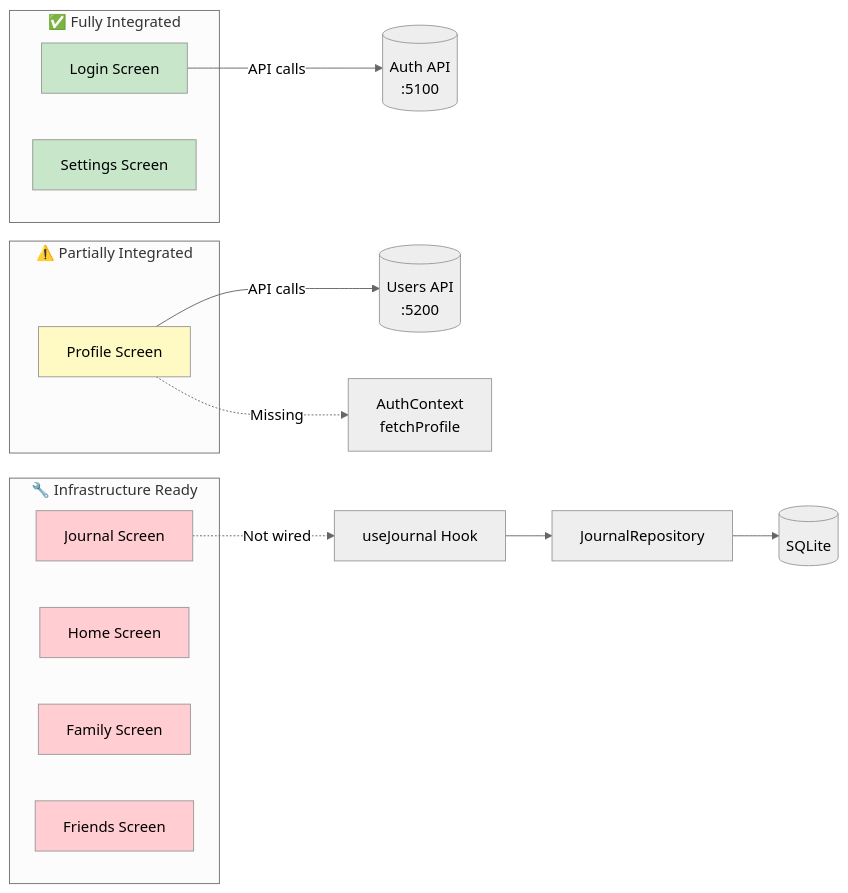
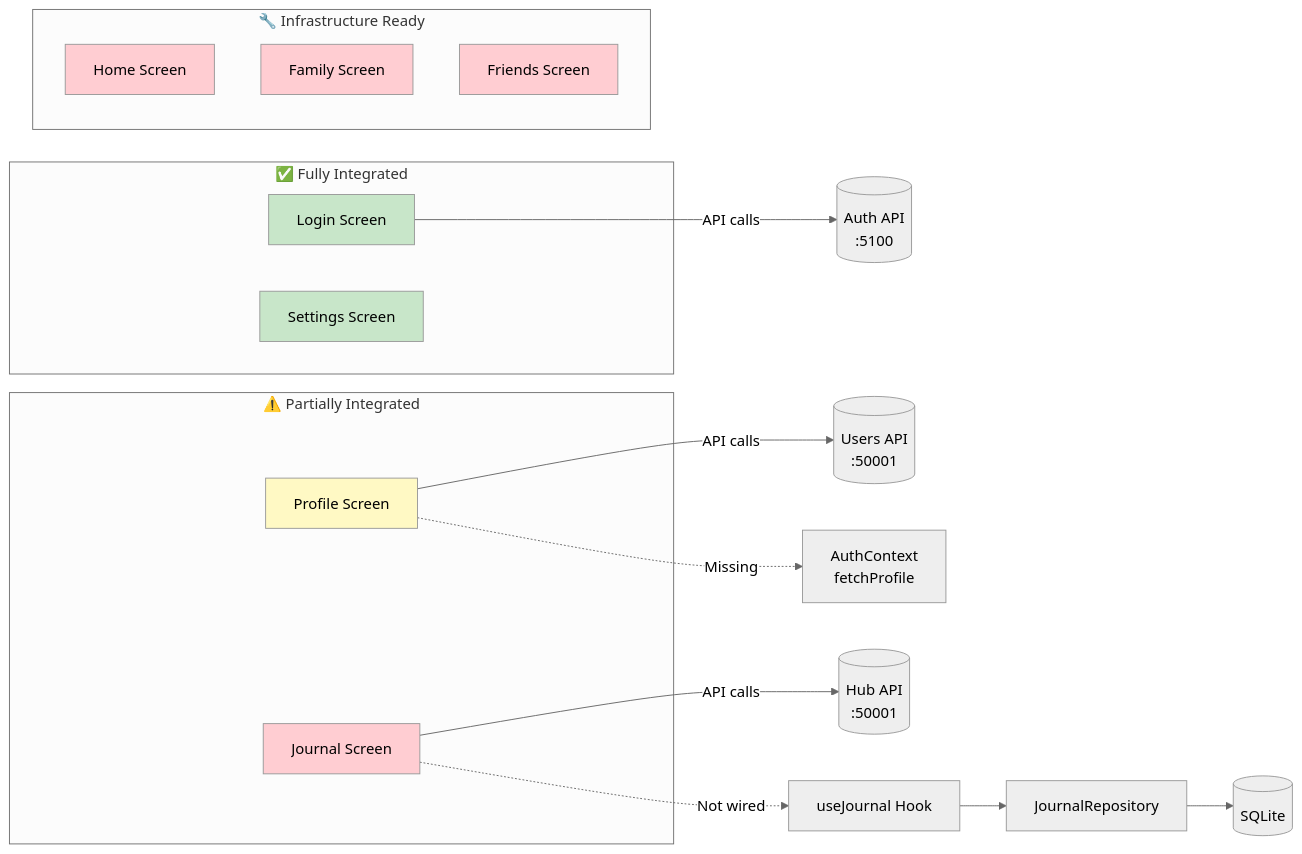
One commit to HamidNaser/footprint-mobile-app changed the first of 2 diagrams in TODO.md. Above: the diagram before and after it, drawn with Mermaid (neutral theme). The commit also changed other lines of this file and 19 other files, not shown here.

````diff
--- a/TODO.md
+++ b/TODO.md
@@ -60,34 +60,35 @@
 ```mermaid
 graph LR
     subgraph "✅ Fully Integrated"
         LS[Login Screen]
         SS[Settings Screen]
     end
     
     subgraph "⚠️ Partially Integrated"
         PS[Profile Screen]
+        JS[Journal Screen]
     end
     
     subgraph "🔧 Infrastructure Ready"
-        JS[Journal Screen]
         HS[Home Screen]
         FaS[Family Screen]
         FrS[Friends Screen]
     end
     
     LS --> |API calls|AUTH[(Auth API<br/>:5100)]
-    PS --> |API calls|USERS[(Users API<br/>:5200)]
+    JS --> |API calls|HUB[(Hub API<br/>:50001)]
+    PS --> |API calls|USERS[(Users API<br/>:50001)]
     PS -.-> |Missing|AC[AuthContext<br/>fetchProfile]
     
     JS -.-> |Not wired|JH[useJournal Hook]
     JH --> JR[JournalRepository]
     JR --> DB[(SQLite)]
     
     style LS fill:#c8e6c9
     style SS fill:#c8e6c9
     style PS fill:#fff9c4
     style JS fill:#ffcdd2
     style HS fill:#ffcdd2
     style FaS fill:#ffcdd2
     style FrS fill:#ffcdd2
 ```
````
